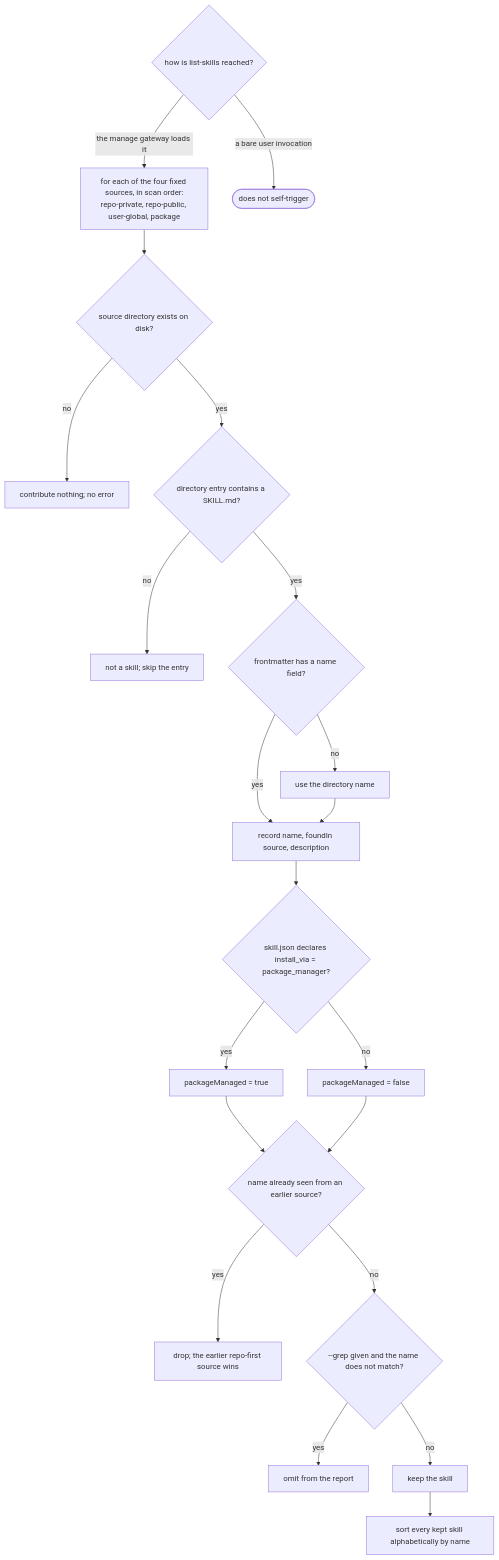
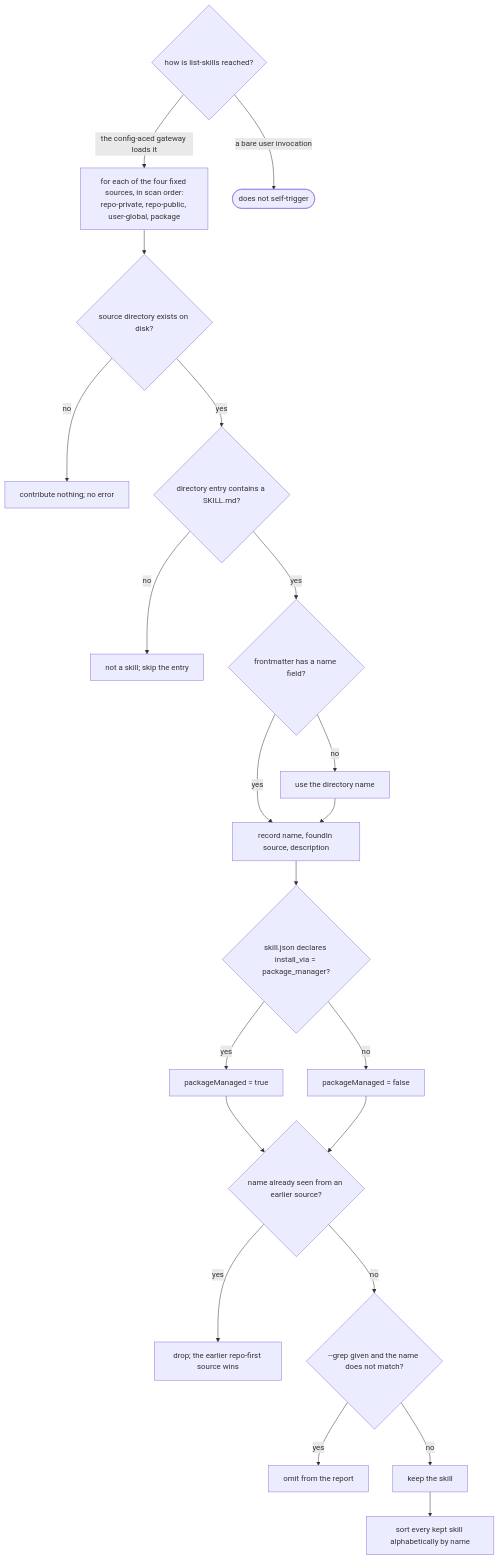
One commit to cyberuni/cyber-sdd changed the diagram in .agents/specs/aced/config-authoring/list-skills/README.md. Above: the diagram before and after it, drawn with Mermaid. The commit also changed other lines of this file and 85 other files, not shown here.

````diff
--- a/.agents/specs/aced/config-authoring/list-skills/README.md
+++ b/.agents/specs/aced/config-authoring/list-skills/README.md
@@ -57,28 +57,28 @@
 ```mermaid
 flowchart TD
   REACH{how is list-skills reached?}
-  REACH -->|the manage gateway loads it| SCAN
+  REACH -->|the config-aced gateway loads it| SCAN
   REACH -->|a bare user invocation| NOSELF([does not self-trigger])
 
   SCAN[for each of the four fixed sources, in scan order:<br/>repo-private, repo-public, user-global, package]
   SCAN --> EXIST{source directory exists on disk?}
   EXIST -->|no| SKIPSRC[contribute nothing; no error]
   EXIST -->|yes| HASMD{directory entry contains a SKILL.md?}
   HASMD -->|no| SKIPENT[not a skill; skip the entry]
   HASMD -->|yes| NAME{frontmatter has a name field?}
   NAME -->|yes| FIELDS
   NAME -->|no| FALLBACK[use the directory name]
   FALLBACK --> FIELDS
   FIELDS[record name, foundIn source, description]
   FIELDS --> PKG{skill.json declares install_via = package_manager?}
   PKG -->|yes| PM[packageManaged = true]
   PKG -->|no| NPM[packageManaged = false]
   PM --> DEDUPE
   NPM --> DEDUPE
   DEDUPE{name already seen from an earlier source?}
   DEDUPE -->|yes| DROP[drop; the earlier repo-first source wins]
   DEDUPE -->|no| FILTER{--grep given and the name does not match?}
   FILTER -->|yes| OMIT[omit from the report]
   FILTER -->|no| KEEP[keep the skill]
   KEEP --> SORT[sort every kept skill alphabetically by name]
 ```
````
